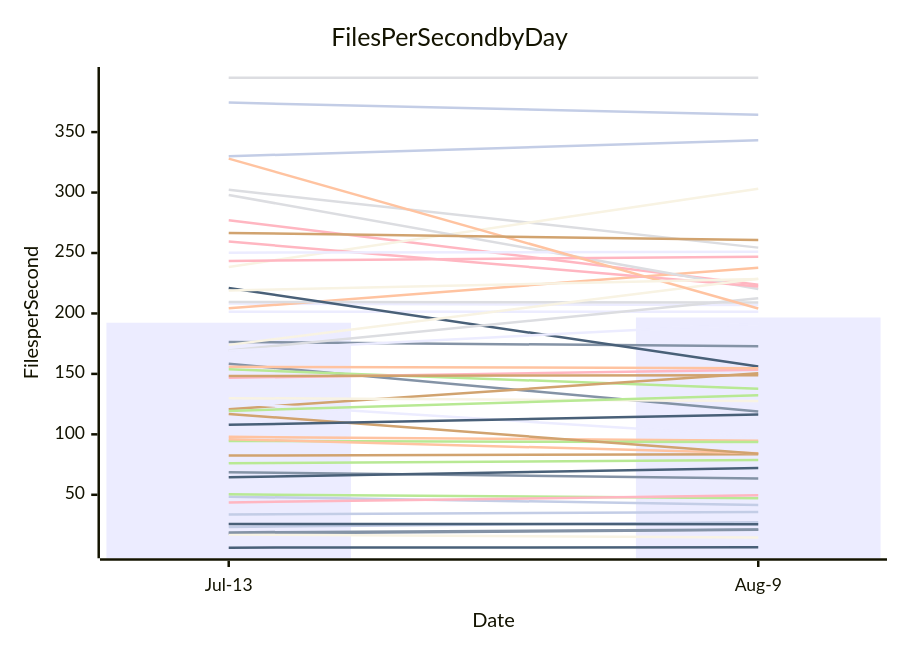
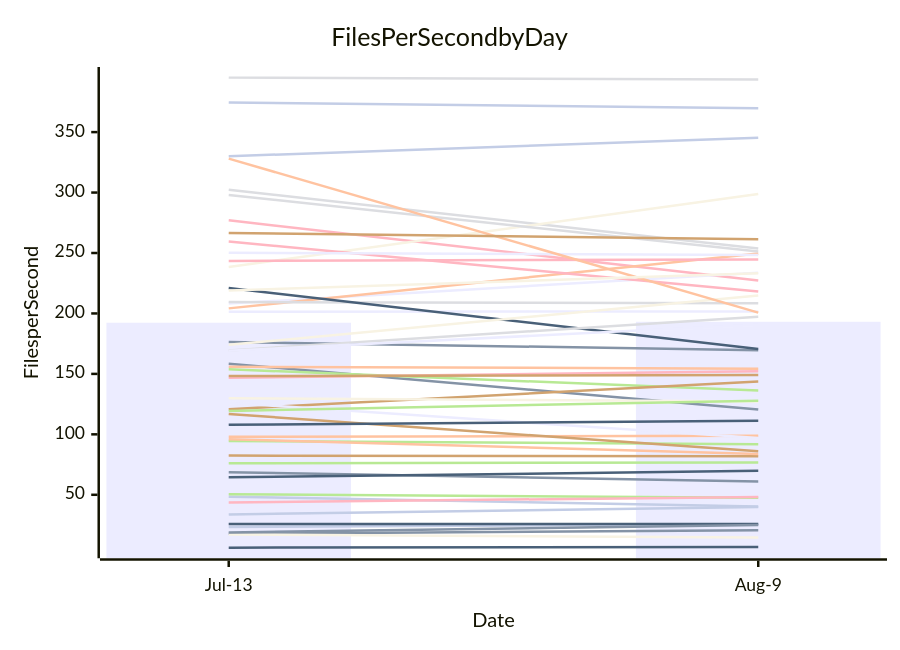
The diagram in perf-report.md (streetsidesoftware/cspell), drawn with Mermaid before and after one commit. The commit also changed other lines of this file and 2 other files, not shown here.

````diff
--- a/perf-report.md
+++ b/perf-report.md
@@ -11,57 +11,57 @@
 ```mermaid
 xychart-beta
     title Files Per Second by Day
     y-axis Files per Second
     x-axis Date [Jul-13, Aug-9]
-    bar [192.31, 196.65]
-    line [17.82, 21.01]
-    line [97.93, 94.75]
-    line [302.24, 254.45]
-    line [94.47, 93.58]
-    line [82.41, 83.53]
-    line [48.47, 41.56]
-    line [277.07, 223.75]
-    line [6.29, 6.63]
-    line [238.39, 303.07]
-    line [208.19, 206.95]
-    line [158.48, 118.82]
-    line [204.20, 237.89]
-    line [209.39, 209.12]
-    line [153.81, 137.63]
-    line [120.84, 150.63]
-    line [23.34, 27.36]
-    line [146.76, 153.33]
-    line [25.88, 25.71]
-    line [17.18, 14.62]
-    line [201.45, 201.37]
-    line [176.39, 172.90]
-    line [96.02, 84.37]
-    line [298.01, 220.18]
-    line [76.00, 78.78]
-    line [148.29, 148.87]
-    line [374.43, 364.28]
-    line [259.46, 222.33]
-    line [221.06, 156.14]
-    line [129.95, 127.66]
-    line [126.09, 98.48]
-    line [68.71, 63.42]
-    line [155.87, 154.69]
-    line [169.41, 212.61]
-    line [50.42, 47.04]
-    line [116.87, 83.93]
-    line [330.04, 343.19]
-    line [243.47, 246.86]
-    line [64.41, 72.16]
-    line [174.01, 228.69]
-    line [250.26, 250.95]
-    line [18.90, 21.33]
-    line [328.06, 204.04]
-    line [395.07, 394.87]
-    line [119.39, 132.27]
-    line [266.63, 260.68]
-    line [33.78, 35.66]
-    line [43.65, 49.52]
-    line [107.84, 116.40]
-    line [218.96, 228.46]
-    line [169.05, 191.52]
+    bar [192.31, 193.11]
+    line [17.82, 20.68]
+    line [97.93, 98.82]
+    line [302.24, 253.74]
+    line [94.47, 91.82]
+    line [82.41, 81.85]
+    line [48.47, 40.41]
+    line [277.07, 227.27]
+    line [6.29, 6.73]
+    line [238.39, 298.78]
+    line [208.19, 233.71]
+    line [158.48, 120.52]
+    line [204.20, 249.58]
+    line [209.39, 208.48]
+    line [153.81, 136.16]
+    line [120.84, 143.72]
+    line [23.34, 25.44]
+    line [146.76, 152.19]
+    line [25.88, 25.75]
+    line [17.18, 14.71]
+    line [201.45, 201.58]
+    line [176.39, 169.63]
+    line [96.02, 83.73]
+    line [298.01, 251.21]
+    line [76.00, 76.70]
+    line [148.29, 149.06]
+    line [374.43, 369.78]
+    line [259.46, 218.06]
+    line [221.06, 170.53]
+    line [129.95, 127.08]
+    line [126.09, 97.05]
+    line [68.71, 60.93]
+    line [155.87, 154.35]
+    line [169.41, 197.19]
+    line [50.42, 47.45]
+    line [116.87, 86.00]
+    line [330.04, 345.24]
+    line [243.47, 244.65]
+    line [64.41, 69.79]
+    line [174.01, 214.84]
+    line [250.26, 248.30]
+    line [18.90, 25.04]
+    line [328.06, 200.72]
+    line [395.07, 393.48]
+    line [119.39, 127.88]
+    line [266.63, 261.34]
+    line [33.78, 39.88]
+    line [43.65, 48.16]
+    line [107.84, 111.25]
+    line [218.96, 233.27]
+    line [169.05, 190.84]
 ```
````
